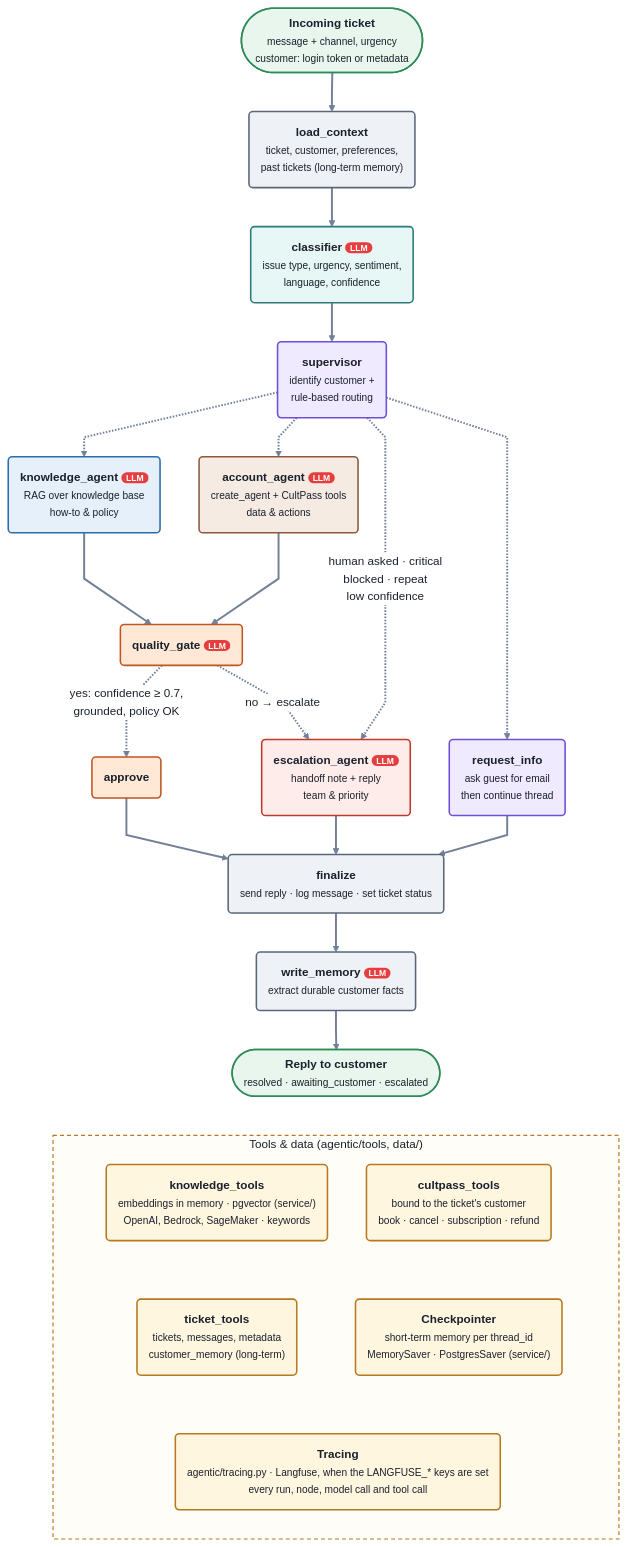
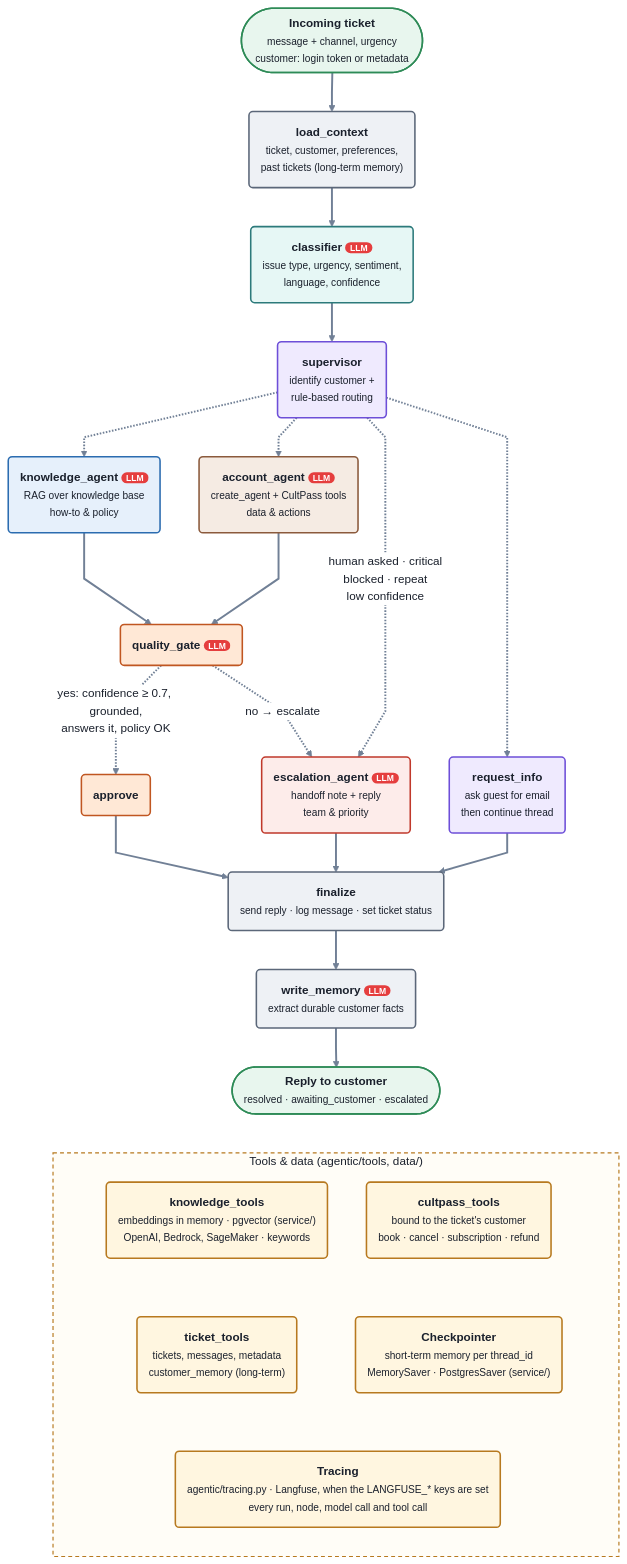
Before and after one commit to manish5593/uda-hub-multi-agent-bedrock: the diagram in solution/agentic/design/workflow_graph.mmd, drawn with Mermaid. The commit also changed 5 other files, not shown here.

```diff
--- a/solution/agentic/design/workflow_graph.mmd
+++ b/solution/agentic/design/workflow_graph.mmd
@@ -1,85 +1,85 @@
 ---
 config:
   theme: base
   themeVariables:
     primaryTextColor: "#1a202c"
     secondaryTextColor: "#1a202c"
     tertiaryTextColor: "#1a202c"
     textColor: "#1a202c"
     nodeTextColor: "#1a202c"
     lineColor: "#718096"
     edgeLabelBackground: "#ffffff"
     fontSize: "15px"
   flowchart:
     curve: linear
     wrappingWidth: 400
 ---
 %% UDA-Hub agent workflow: the same graph, layout, labels and colours as architecture.svg.
 %% Hand-written. The nodes and edges match agentic/workflow.py; check them against
 %% orchestrator.get_graph().draw_mermaid() when the graph changes.
 flowchart TD
     IN(["<span style='color:rgb(26,32,44)'>Incoming ticket<br/><small style='font-weight:normal;font-size:13px'>message + channel, urgency<br/>customer: login token or metadata</small></span>"])
     load_context("<span style='color:rgb(26,32,44)'>load_context<br/><small style='font-weight:normal;font-size:13px'>ticket, customer, preferences,<br/>past tickets (long-term memory)</small></span>")
     classifier("<span style='color:rgb(26,32,44)'>classifier <b style='color:rgb(255,255,255);background-color:rgb(229,62,62);border-radius:8px;padding:1px 6px;font-size:11px'>LLM</b><br/><small style='font-weight:normal;font-size:13px'>issue type, urgency, sentiment,<br/>language, confidence</small></span>")
     supervisor("<span style='color:rgb(26,32,44)'>supervisor<br/><small style='font-weight:normal;font-size:13px'>identify customer +<br/>rule-based routing</small></span>")
     knowledge_agent("<span style='color:rgb(26,32,44)'>knowledge_agent <b style='color:rgb(255,255,255);background-color:rgb(229,62,62);border-radius:8px;padding:1px 6px;font-size:11px'>LLM</b><br/><small style='font-weight:normal;font-size:13px'>RAG over knowledge base<br/>how-to &amp; policy</small></span>")
     account_agent("<span style='color:rgb(26,32,44)'>account_agent <b style='color:rgb(255,255,255);background-color:rgb(229,62,62);border-radius:8px;padding:1px 6px;font-size:11px'>LLM</b><br/><small style='font-weight:normal;font-size:13px'>create_agent + CultPass tools<br/>data &amp; actions</small></span>")
     escalation_agent("<span style='color:rgb(26,32,44)'>escalation_agent <b style='color:rgb(255,255,255);background-color:rgb(229,62,62);border-radius:8px;padding:1px 6px;font-size:11px'>LLM</b><br/><small style='font-weight:normal;font-size:13px'>handoff note + reply<br/>team &amp; priority</small></span>")
     request_info("<span style='color:rgb(26,32,44)'>request_info<br/><small style='font-weight:normal;font-size:13px'>ask guest for email<br/>then continue thread</small></span>")
     quality_gate("<span style='color:rgb(26,32,44)'>quality_gate <b style='color:rgb(255,255,255);background-color:rgb(229,62,62);border-radius:8px;padding:1px 6px;font-size:11px'>LLM</b></span>")
     approve("<span style='color:rgb(26,32,44)'>approve</span>")
     finalize("<span style='color:rgb(26,32,44)'>finalize<br/><small style='font-weight:normal;font-size:13px'>send reply · log message · set ticket status</small></span>")
     write_memory("<span style='color:rgb(26,32,44)'>write_memory <b style='color:rgb(255,255,255);background-color:rgb(229,62,62);border-radius:8px;padding:1px 6px;font-size:11px'>LLM</b><br/><small style='font-weight:normal;font-size:13px'>extract durable customer facts</small></span>")
     OUT(["<span style='color:rgb(26,32,44)'>Reply to customer<br/><small style='font-weight:normal;font-size:13px'>resolved · awaiting_customer · escalated</small></span>"])
 
     IN --> load_context --> classifier --> supervisor
     supervisor -.-> knowledge_agent
     supervisor -.-> account_agent
     supervisor -.->|"<span style='color:rgb(26,32,44)'>human asked · critical<br/>blocked · repeat<br/>low confidence</span>"| escalation_agent
     supervisor -.-> request_info
     knowledge_agent --> quality_gate
     account_agent --> quality_gate
-    quality_gate -.->|"<span style='color:rgb(26,32,44)'>yes: confidence ≥ 0.7,<br/>grounded, policy OK</span>"| approve
+    quality_gate -.->|"<span style='color:rgb(26,32,44)'>yes: confidence ≥ 0.7, grounded,<br/>answers it, policy OK</span>"| approve
     quality_gate -.->|"<span style='color:rgb(26,32,44)'>no → escalate</span>"| escalation_agent
     approve --> finalize
     escalation_agent --> finalize
     request_info --> finalize
     finalize --> write_memory --> OUT
 
     subgraph TOOLS ["<span style='color:rgb(26,32,44)'>Tools &amp; data (agentic/tools, data/)</span>"]
         direction TB
         knowledge_tools("<span style='color:rgb(26,32,44)'>knowledge_tools<br/><small style='font-weight:normal;font-size:13px'>embeddings in memory · pgvector (service/)<br/>OpenAI, Bedrock, SageMaker · keywords</small></span>")
         cultpass_tools("<span style='color:rgb(26,32,44)'>cultpass_tools<br/><small style='font-weight:normal;font-size:13px'>bound to the ticket's customer<br/>book · cancel · subscription · refund</small></span>")
         ticket_tools("<span style='color:rgb(26,32,44)'>ticket_tools<br/><small style='font-weight:normal;font-size:13px'>tickets, messages, metadata<br/>customer_memory (long-term)</small></span>")
         checkpointer("<span style='color:rgb(26,32,44)'>Checkpointer<br/><small style='font-weight:normal;font-size:13px'>short-term memory per thread_id<br/>MemorySaver · PostgresSaver (service/)</small></span>")
         tracing("<span style='color:rgb(26,32,44)'>Tracing<br/><small style='font-weight:normal;font-size:13px'>agentic/tracing.py · Langfuse, when the LANGFUSE_* keys are set<br/>every run, node, model call and tool call</small></span>")
         knowledge_tools ~~~ ticket_tools
         cultpass_tools ~~~ checkpointer
         ticket_tools ~~~ tracing
         checkpointer ~~~ tracing
     end
     OUT ~~~ TOOLS
 
     classDef default fill:#eef1f5,stroke:#5b6779,stroke-width:2px,color:#1a202c,font-weight:bold,font-size:15px
     classDef customer fill:#e8f6ee,stroke:#2e8b57,stroke-width:2px,color:#1a202c,font-weight:bold,font-size:15px
     classDef tools fill:#fff6e0,stroke:#b7791f,stroke-width:2px,color:#1a202c,font-weight:bold,font-size:15px
     classDef memory_agent fill:#eef1f5,stroke:#5b6779,stroke-width:2px,color:#1a202c,font-weight:bold,font-size:15px
     classDef classifier fill:#e6f7f5,stroke:#2c7a7b,stroke-width:2px,color:#1a202c,font-weight:bold,font-size:15px
     classDef supervisor fill:#efeafe,stroke:#6d4fd8,stroke-width:2px,color:#1a202c,font-weight:bold,font-size:15px
     classDef knowledge_agent fill:#e6f0fb,stroke:#2b6cb0,stroke-width:2px,color:#1a202c,font-weight:bold,font-size:15px
     classDef account_agent fill:#f5ebe3,stroke:#8b5a3c,stroke-width:2px,color:#1a202c,font-weight:bold,font-size:15px
     classDef quality_gate fill:#ffe8d6,stroke:#c05621,stroke-width:2px,color:#1a202c,font-weight:bold,font-size:15px
     classDef escalation_agent fill:#fdecea,stroke:#c0392b,stroke-width:2px,color:#1a202c,font-weight:bold,font-size:15px
     class IN,OUT customer
     class knowledge_tools,cultpass_tools,ticket_tools,checkpointer,tracing tools
     class load_context,finalize,write_memory memory_agent
     class classifier classifier
     class supervisor,request_info supervisor
     class knowledge_agent knowledge_agent
     class account_agent account_agent
     class quality_gate,approve quality_gate
     class escalation_agent escalation_agent
     style TOOLS fill:#fffdf7,stroke:#b7791f,stroke-width:1.5px,stroke-dasharray:5 4,color:#1a202c
     linkStyle default stroke:#718096,stroke-width:2.5px
     %% links 16-20 only position the tools panel (two by two, tracing below, all below the reply): keep them invisible
     linkStyle 16,17,18,19,20 stroke:none
```
